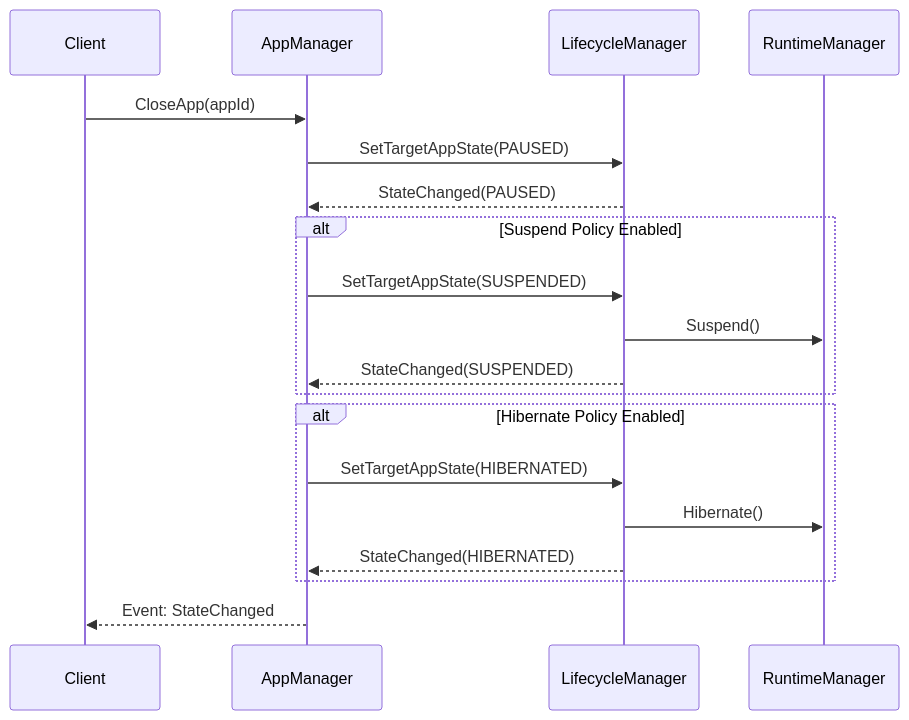
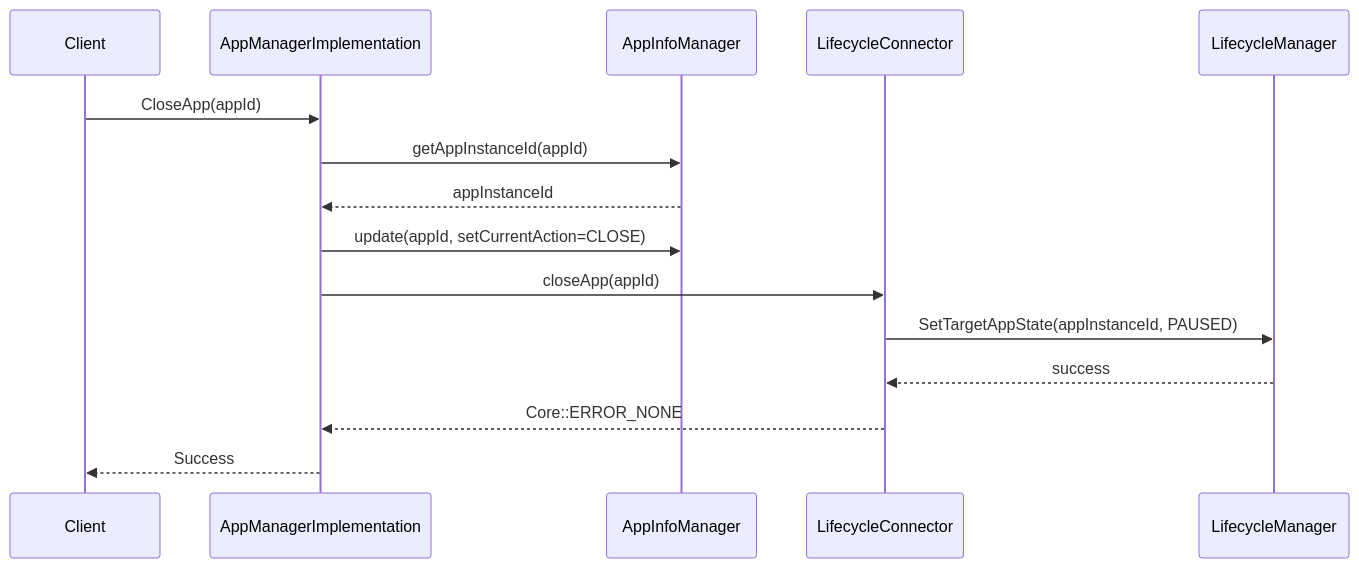
Before and after one commit to rdkcentral/entservices-appmanagers: the fifth of 8 diagrams in AppManager/AppManager.md, drawn with Mermaid. The commit also changed other lines of this file and 19 other files, not shown here.

````diff
--- a/AppManager/AppManager.md
+++ b/AppManager/AppManager.md
@@ -198,25 +421,18 @@
 ```mermaid
 sequenceDiagram
     participant Client
-    participant AppManager
-    participant LifecycleManager
-    participant RuntimeManager
+    participant Impl as AppManagerImplementation
+    participant AIM as AppInfoManager
+    participant LIC as LifecycleConnector
+    participant LCM as LifecycleManager
 
-    Client->>AppManager: CloseApp(appId)
-    AppManager->>LifecycleManager: SetTargetAppState(PAUSED)
-    LifecycleManager-->>AppManager: StateChanged(PAUSED)
-
-    alt Suspend Policy Enabled
-        AppManager->>LifecycleManager: SetTargetAppState(SUSPENDED)
-        LifecycleManager->>RuntimeManager: Suspend()
-        LifecycleManager-->>AppManager: StateChanged(SUSPENDED)
-    end
-
-    alt Hibernate Policy Enabled
-        AppManager->>LifecycleManager: SetTargetAppState(HIBERNATED)
-        LifecycleManager->>RuntimeManager: Hibernate()
-        LifecycleManager-->>AppManager: StateChanged(HIBERNATED)
-    end
-
-    AppManager-->>Client: Event: StateChanged
+    Client->>Impl: CloseApp(appId)
+    Impl->>AIM: getAppInstanceId(appId)
+    AIM-->>Impl: appInstanceId
+    Impl->>AIM: update(appId, setCurrentAction=CLOSE)
+    Impl->>LIC: closeApp(appId)
+    LIC->>LCM: SetTargetAppState(appInstanceId, PAUSED)
+    LCM-->>LIC: success
+    LIC-->>Impl: Core::ERROR_NONE
+    Impl-->>Client: Success
 ```
````
